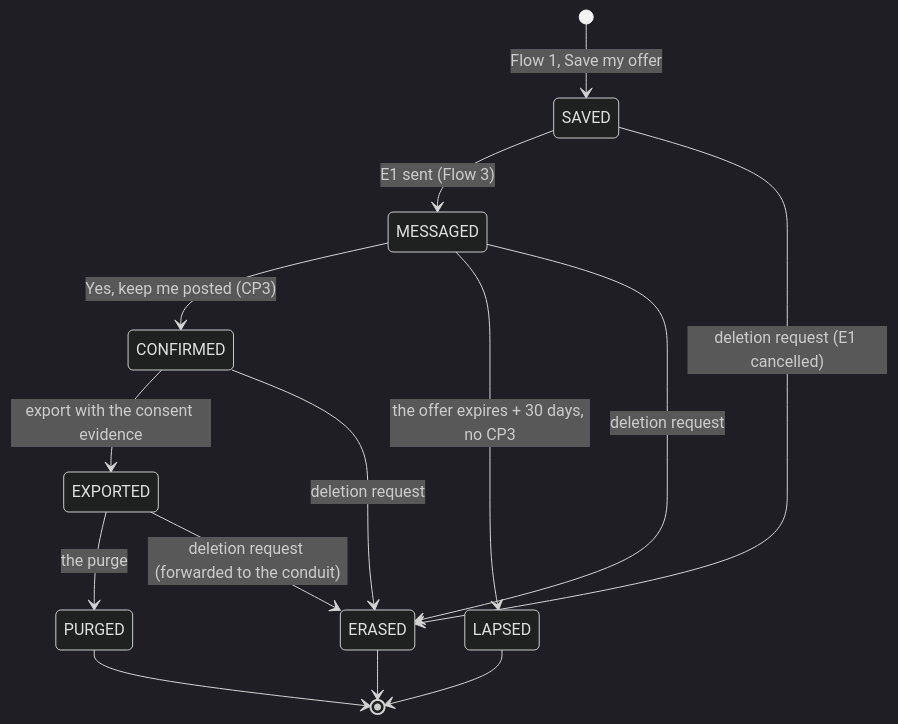
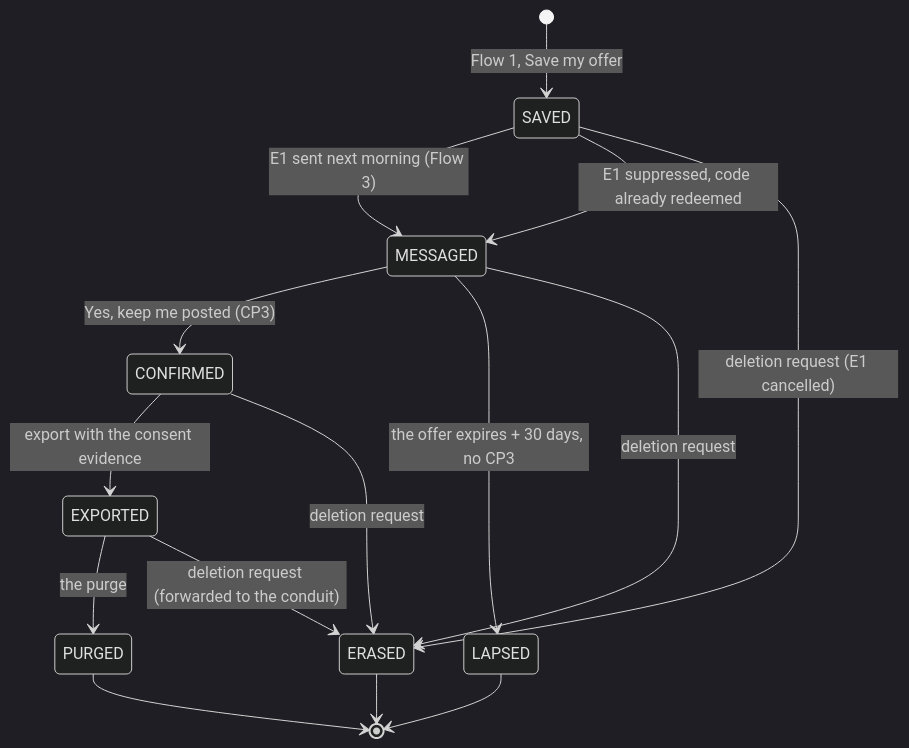
The diagram in boston-2026-10/flows/06-lead-record.md (fitaf-hq/fitaf-microsites), drawn with Mermaid (dark theme) before and after one commit. The commit also changed other lines of this file and 7 other files, not shown here.

First line of the commit message:
Flows, second review: next-day email (suppressed by redeemed code), meal size instead of goal with a browser-only share calculator, permissive /o/<code> redemption, the two skip links, Flow 8 (this week's menu), Resend

````diff
--- a/boston-2026-10/flows/06-lead-record.md
+++ b/boston-2026-10/flows/06-lead-record.md
@@ -15,16 +15,17 @@
 ```mermaid
 stateDiagram-v2
   [*] --> SAVED : Flow 1, Save my offer
-  SAVED --> MESSAGED : E1 sent (Flow 3)
+  SAVED --> MESSAGED : E1 sent next morning (Flow 3)
+  SAVED --> MESSAGED : E1 suppressed, code already redeemed
   SAVED --> ERASED : deletion request (E1 cancelled)
   MESSAGED --> CONFIRMED : Yes, keep me posted (CP3)
   MESSAGED --> LAPSED : the offer expires + 30 days, no CP3
   CONFIRMED --> EXPORTED : export with the consent evidence
   EXPORTED --> PURGED : the purge
   MESSAGED --> ERASED : deletion request
   CONFIRMED --> ERASED : deletion request
   EXPORTED --> ERASED : deletion request (forwarded to the conduit)
   PURGED --> [*]
   LAPSED --> [*]
   ERASED --> [*]
 ```
````
